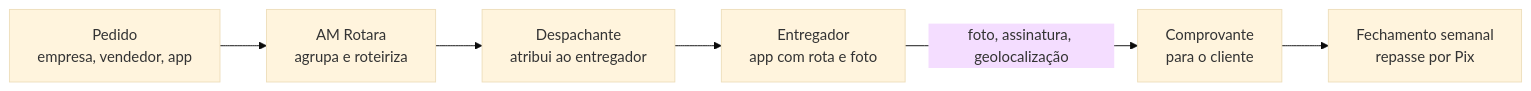
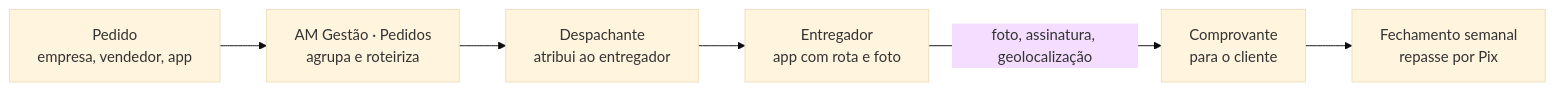
The diagram in 11-setup-dev-setup/docs/negocios/05-logistica-e-entregas.md (AlanMateus17/Portfolio-AMS-Obsidian-Vault), drawn with Mermaid (base theme) before and after one commit. The commit also changed other lines of this file and 117 other files, not shown here.

````diff
--- a/11-setup-dev-setup/docs/negocios/05-logistica-e-entregas.md
+++ b/11-setup-dev-setup/docs/negocios/05-logistica-e-entregas.md
@@ -49,8 +49,8 @@
 ```mermaid
 flowchart LR
-  P["Pedido<br/>empresa, vendedor, app"] --> R["AM Rotara<br/>agrupa e roteiriza"]
+  P["Pedido<br/>empresa, vendedor, app"] --> R["AM Gestão · Pedidos<br/>agrupa e roteiriza"]
   R --> D["Despachante<br/>atribui ao entregador"]
   D --> E["Entregador<br/>app com rota e foto"]
   E -->|"foto, assinatura, geolocalização"| C["Comprovante<br/>para o cliente"]
   C --> F["Fechamento semanal<br/>repasse por Pix"]
 ```
````
